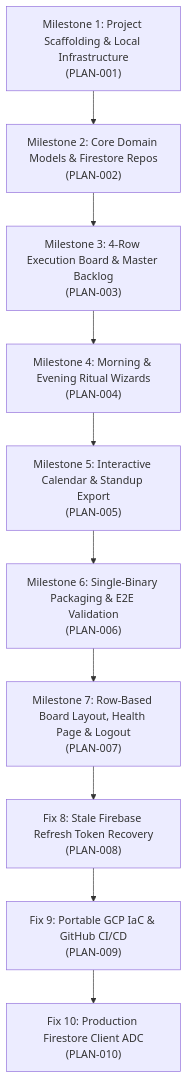
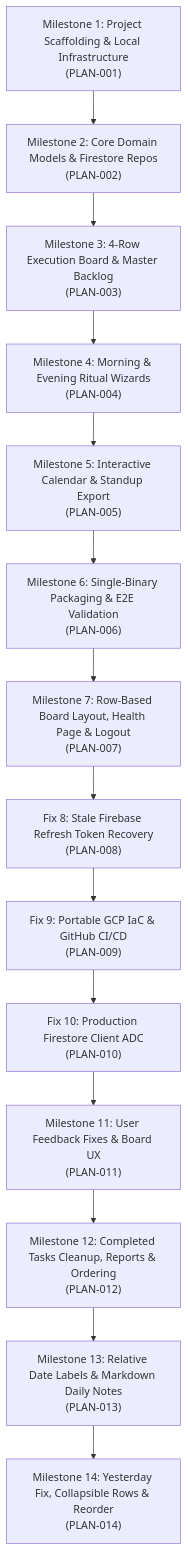
One commit to chadzink/daily-check-in changed the diagram in plans/ROADMAP.md. Above: the diagram before and after it, drawn with Mermaid. The commit also changed other lines of this file and 22 other files, not shown here.

First line of the commit message:
feat(PLAN-014): fix Yesterday task accumulation, add collapsible execution rows, and reorder board

````diff
--- a/plans/ROADMAP.md
+++ b/plans/ROADMAP.md
@@ -10,23 +10,31 @@
 ```mermaid
 flowchart TD
     M1["Milestone 1: Project Scaffolding & Local Infrastructure<br>(PLAN-001)"]
     M2["Milestone 2: Core Domain Models & Firestore Repos<br>(PLAN-002)"]
     M3["Milestone 3: 4-Row Execution Board & Master Backlog<br>(PLAN-003)"]
     M4["Milestone 4: Morning & Evening Ritual Wizards<br>(PLAN-004)"]
     M5["Milestone 5: Interactive Calendar & Standup Export<br>(PLAN-005)"]
     M6["Milestone 6: Single-Binary Packaging & E2E Validation<br>(PLAN-006)"]
     M7["Milestone 7: Row-Based Board Layout, Health Page & Logout<br>(PLAN-007)"]
     M8["Fix 8: Stale Firebase Refresh Token Recovery<br>(PLAN-008)"]
     M9["Fix 9: Portable GCP IaC & GitHub CI/CD<br>(PLAN-009)"]
     M10["Fix 10: Production Firestore Client ADC<br>(PLAN-010)"]
+    M11["Milestone 11: User Feedback Fixes & Board UX<br>(PLAN-011)"]
+    M12["Milestone 12: Completed Tasks Cleanup, Reports & Ordering<br>(PLAN-012)"]
+    M13["Milestone 13: Relative Date Labels & Markdown Daily Notes<br>(PLAN-013)"]
+    M14["Milestone 14: Yesterday Fix, Collapsible Rows & Reorder<br>(PLAN-014)"]
 
     M1 --> M2
     M2 --> M3
     M3 --> M4
     M4 --> M5
     M5 --> M6
     M6 --> M7
     M7 --> M8
     M8 --> M9
     M9 --> M10
+    M10 --> M11
+    M11 --> M12
+    M12 --> M13
+    M13 --> M14
 ```
````
